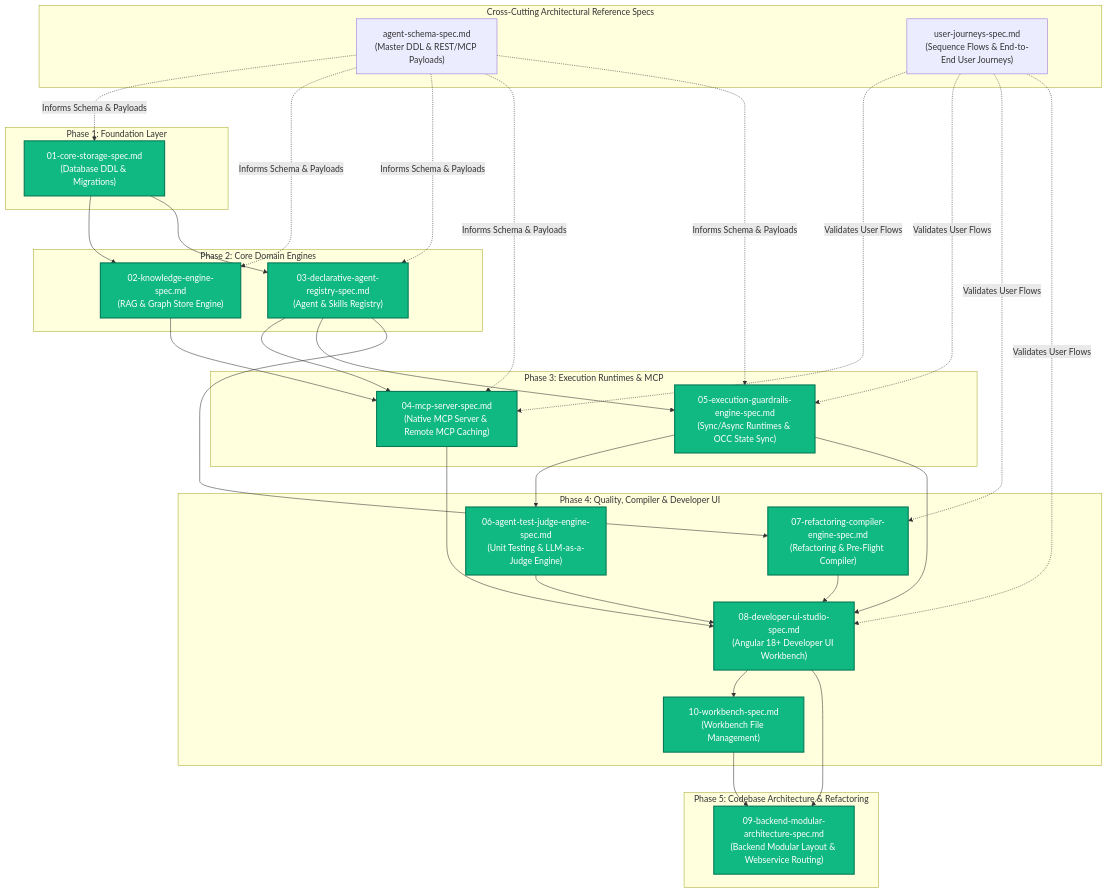
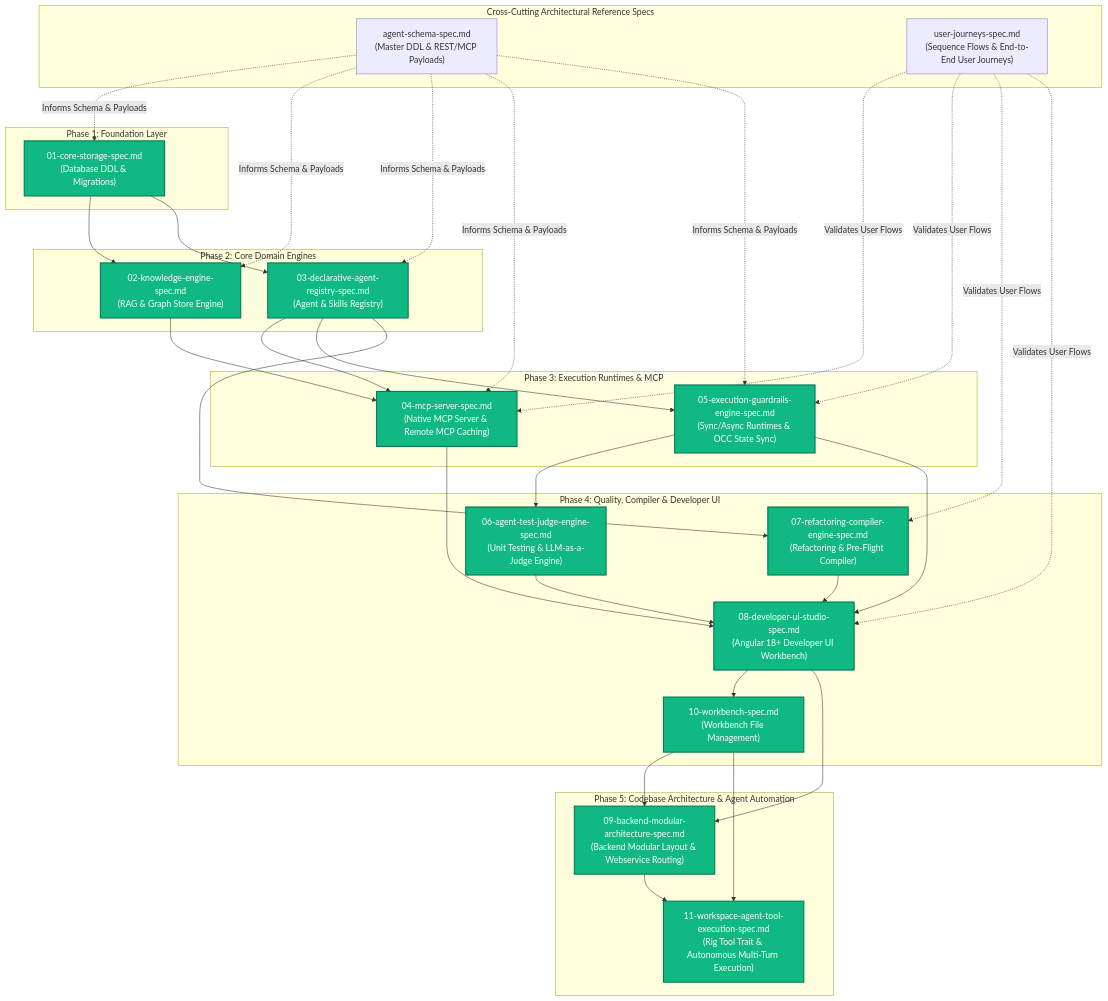
One commit to PolecatWorks/agent-as-data changed the diagram in spec/specs/README.md. Above: the diagram before and after it, drawn with Mermaid. The commit also changed other lines of this file and 17 other files, not shown here.

Commit message:
feat: implement Rig tool trait architecture and autonomous multi-turn workbench execution

````diff
--- a/spec/specs/README.md
+++ b/spec/specs/README.md
@@ -17,68 +17,71 @@
 ```mermaid
 flowchart TD
     subgraph CrossCuttingSpecs ["Cross-Cutting Architectural Reference Specs"]
         SchemaSpec["agent-schema-spec.md<br/>(Master DDL & REST/MCP Payloads)"]
         JourneysSpec["user-journeys-spec.md<br/>(Sequence Flows & End-to-End User Journeys)"]
     end
 
     subgraph Phase1 ["Phase 1: Foundation Layer"]
         Spec01["01-core-storage-spec.md<br/>(Database DDL & Migrations)"]:::complete
     end
 
     subgraph Phase2 ["Phase 2: Core Domain Engines"]
         Spec02["02-knowledge-engine-spec.md<br/>(RAG & Graph Store Engine)"]:::complete
         Spec03["03-declarative-agent-registry-spec.md<br/>(Agent & Skills Registry)"]:::complete
     end
 
 
 
     subgraph Phase3 ["Phase 3: Execution Runtimes & MCP"]
         Spec04["04-mcp-server-spec.md<br/>(Native MCP Server & Remote MCP Caching)"]:::complete
         Spec05["05-execution-guardrails-engine-spec.md<br/>(Sync/Async Runtimes & OCC State Sync)"]:::complete
     end
 
 
 
     subgraph Phase4 ["Phase 4: Quality, Compiler & Developer UI"]
         Spec06["06-agent-test-judge-engine-spec.md<br/>(Unit Testing & LLM-as-a-Judge Engine)"]:::complete
         Spec07["07-refactoring-compiler-engine-spec.md<br/>(Refactoring & Pre-Flight Compiler)"]:::complete
         Spec08["08-developer-ui-studio-spec.md<br/>(Angular 18+ Developer UI Workbench)"]:::complete
         Spec10["10-workbench-spec.md<br/>(Workbench File Management)"]:::complete
     end
 
-    subgraph Phase5 ["Phase 5: Codebase Architecture & Refactoring"]
+    subgraph Phase5 ["Phase 5: Codebase Architecture & Agent Automation"]
         Spec09["09-backend-modular-architecture-spec.md<br/>(Backend Modular Layout & Webservice Routing)"]:::complete
+        Spec11["11-workspace-agent-tool-execution-spec.md<br/>(Rig Tool Trait & Autonomous Multi-Turn Execution)"]:::complete
     end
 
     classDef complete fill:#10B981,stroke:#047857,stroke-width:2px,color:#ffffff;
     classDef draft fill:#3B82F6,stroke:#1D4ED8,stroke-width:2px,color:#ffffff;
 
     SchemaSpec -.->|Informs Schema & Payloads| Spec01
     SchemaSpec -.->|Informs Schema & Payloads| Spec02
     SchemaSpec -.->|Informs Schema & Payloads| Spec03
     SchemaSpec -.->|Informs Schema & Payloads| Spec04
     SchemaSpec -.->|Informs Schema & Payloads| Spec05
 
     JourneysSpec -.->|Validates User Flows| Spec04
     JourneysSpec -.->|Validates User Flows| Spec05
     JourneysSpec -.->|Validates User Flows| Spec07
     JourneysSpec -.->|Validates User Flows| Spec08
 
     Spec01 --> Spec02
     Spec01 --> Spec03
 
     Spec02 --> Spec04
     Spec03 --> Spec04
     Spec03 --> Spec05
 
     Spec05 --> Spec06
     Spec03 --> Spec07
     
     Spec04 --> Spec08
     Spec05 --> Spec08
     Spec06 --> Spec08
     Spec07 --> Spec08
     Spec08 --> Spec10
     Spec08 --> Spec09
     Spec10 --> Spec09
+    Spec09 --> Spec11
+    Spec10 --> Spec11
 ```
````
